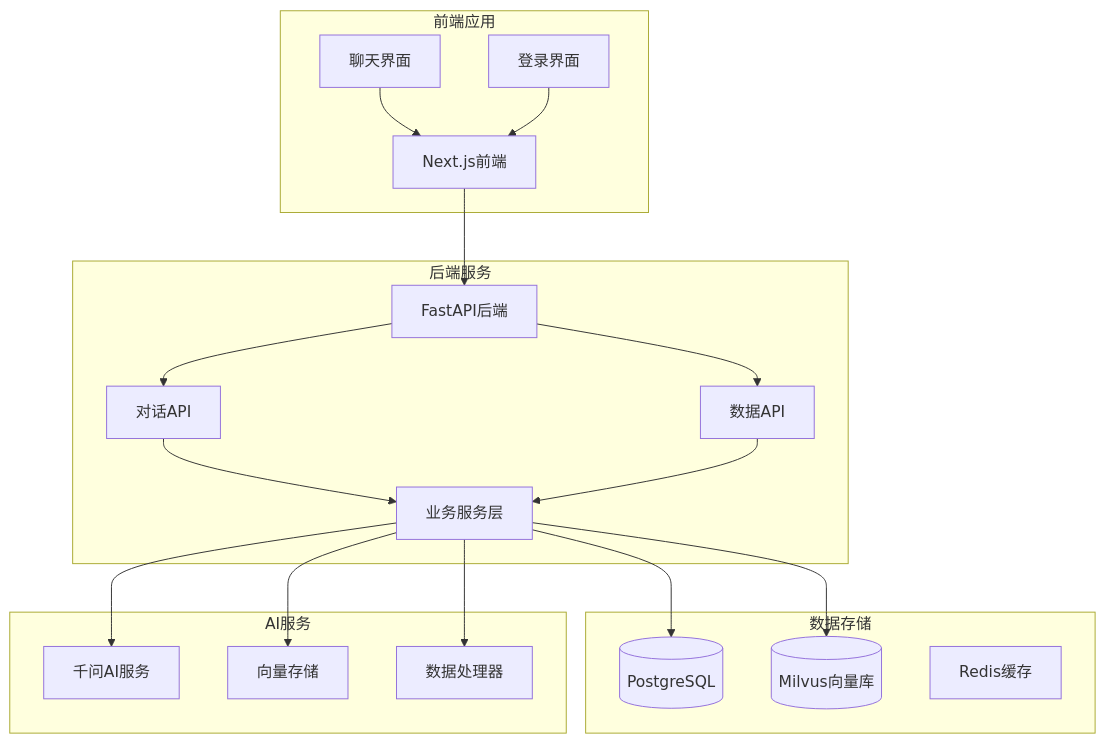
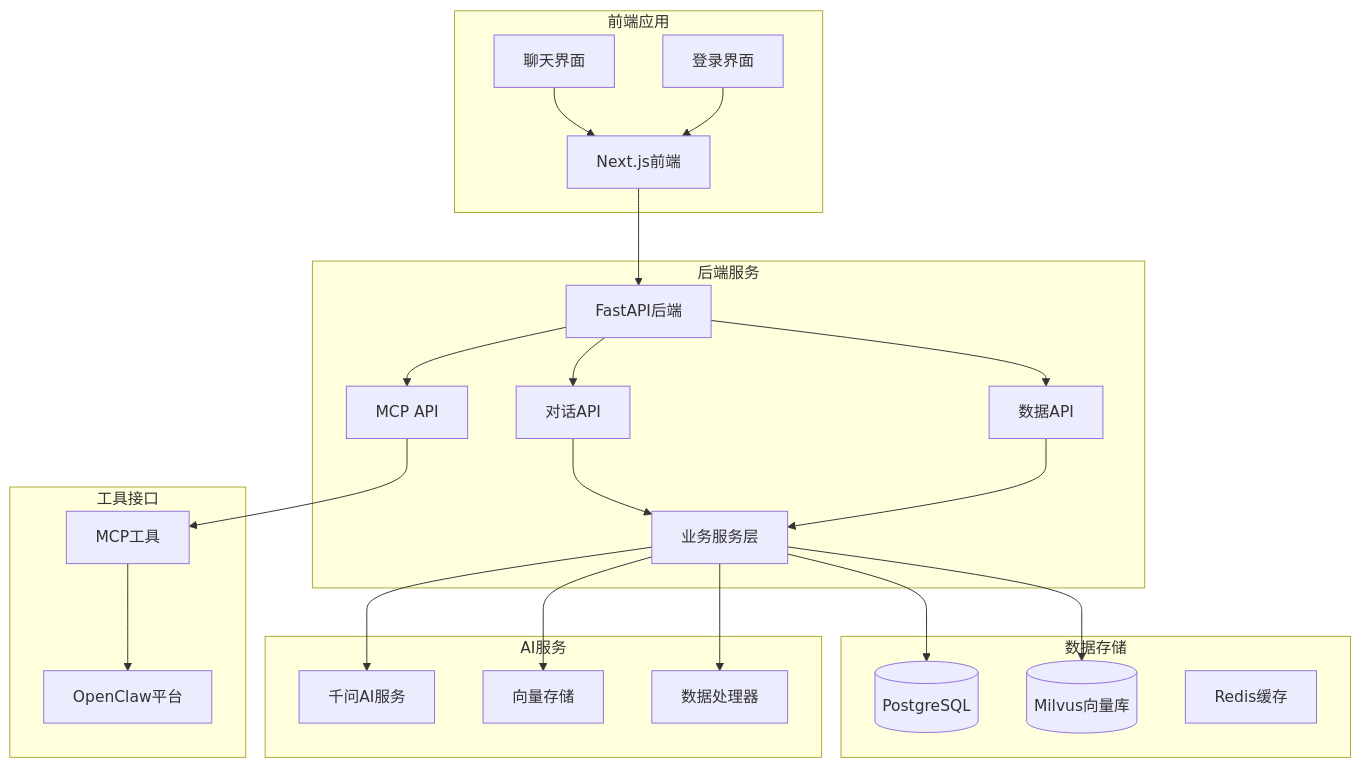
Before and after one commit to ghbbn053-ship-itsoulddog/soulddog: the first of 12 diagrams in .qoder/repowiki/zh/content/AI智能问答系统/AI工具调用功能.md, drawn with Mermaid. The commit also changed other lines of this file and 13 other files, not shown here.

````diff
--- a/.qoder/repowiki/zh/content/AI智能问答系统/AI工具调用功能.md
+++ b/.qoder/repowiki/zh/content/AI智能问答系统/AI工具调用功能.md
@@ -54,36 +58,44 @@
 ```mermaid
 graph TB
 subgraph "前端应用"
 FE[Next.js前端]
 ChatUI[聊天界面]
 LoginUI[登录界面]
 end
 subgraph "后端服务"
 API[FastAPI后端]
 ChatAPI[对话API]
 DataAPI[数据API]
 Services[业务服务层]
+MCPAPI[MCP API]
 end
 subgraph "数据存储"
 PG[(PostgreSQL)]
 Milvus[(Milvus向量库)]
 Redis[Redis缓存]
 end
 subgraph "AI服务"
 Qwen[千问AI服务]
 VectorStore[向量存储]
 DataProcessor[数据处理器]
 end
+subgraph "工具接口"
+MCPTools[MCP工具]
+OpenClaw[OpenClaw平台]
+end
 FE --> API
 ChatUI --> FE
 LoginUI --> FE
 API --> ChatAPI
 API --> DataAPI
+API --> MCPAPI
 ChatAPI --> Services
 DataAPI --> Services
+MCPAPI --> MCPTools
+MCPTools --> OpenClaw
 Services --> PG
 Services --> Milvus
 Services --> Qwen
 Services --> VectorStore
 Services --> DataProcessor
 ```
````
